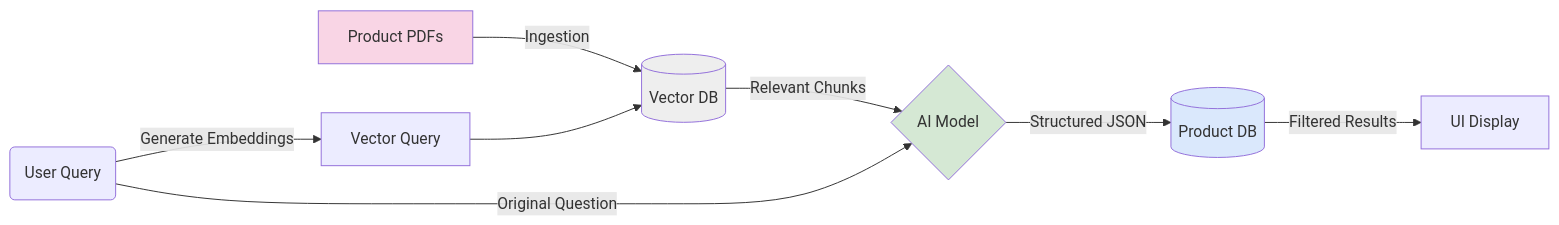
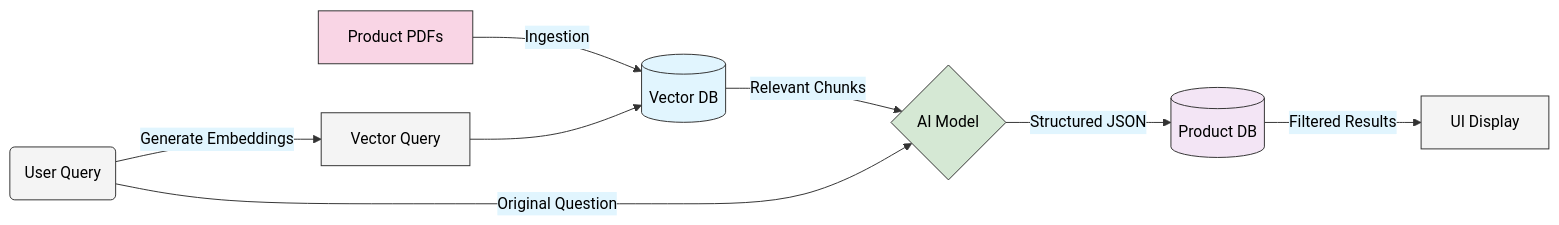
One commit to dotnet-presentations/ai-workshop changed the diagram in lab/part4-products-page.md. Above: the diagram before and after it, drawn with Mermaid. The commit also changed other lines of this file and 2 other files, not shown here.

````diff
--- a/lab/part4-products-page.md
+++ b/lab/part4-products-page.md
@@ -21,15 +21,16 @@
   ```mermaid
+  %%{init: {'theme': 'base', 'themeVariables': { 'primaryColor': '#f4f4f4', 'primaryTextColor': '#000', 'primaryBorderColor': '#333', 'lineColor': '#333', 'secondaryColor': '#e1f5fe', 'tertiaryColor': '#f3e5f5' }}}%%
   flowchart LR
     PDF[Product PDFs] -->|Ingestion| VDB[(Vector DB)]
     User(User Query) -->|Generate Embeddings| VQ[Vector Query]
     VQ --> VDB
     VDB -->|Relevant Chunks| AI{AI Model}
     User -->|Original Question| AI
     AI -->|Structured JSON| DB[(Product DB)]
     DB -->|Filtered Results| UI[UI Display]
     
     style PDF fill:#f9d5e5
-    style VDB fill:#eeeeee
+    style VDB fill:#e1f5fe
     style AI fill:#d5e8d4
-    style DB fill:#dae8fc
+    style DB fill:#f3e5f5
   ```
````
